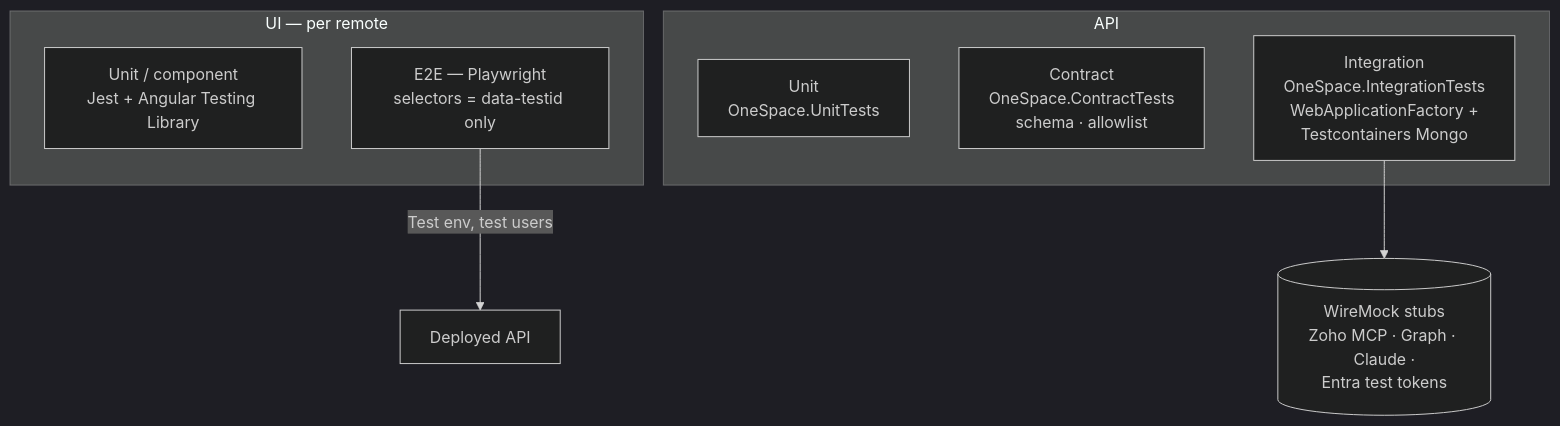
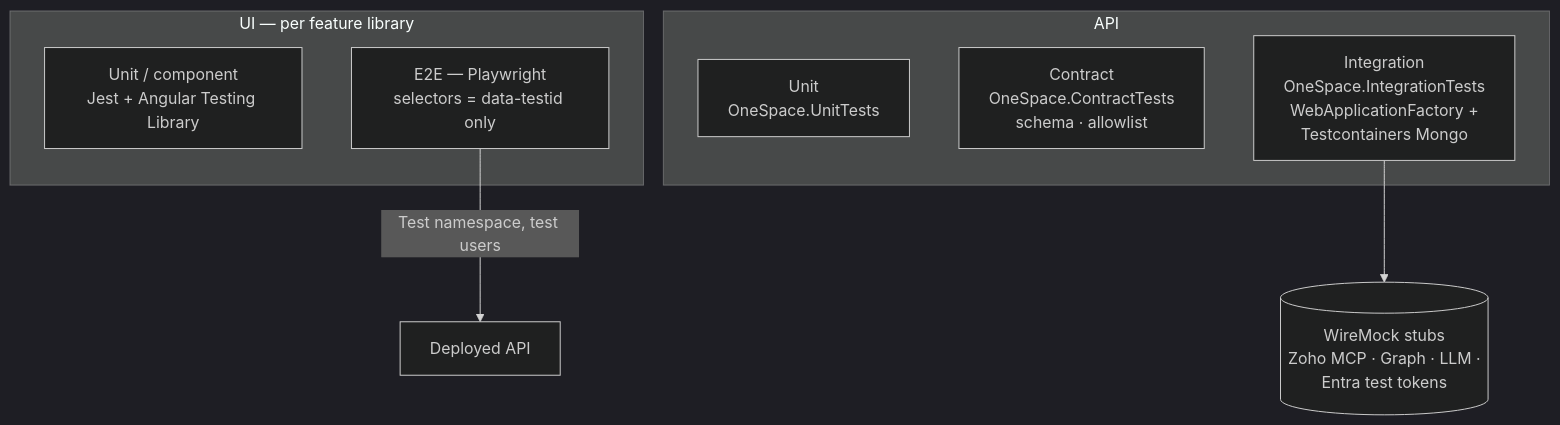
The seventh of 7 diagrams in docs/architecture/OneSpace_Enterprise_Architecture.md (sumanpulavarthy/OneSpace), drawn with Mermaid (dark theme) before and after one commit. The commit also changed other lines of this file and 5 other files, not shown here.

First line of the commit message:
Architecture v0.2: apply Rahul's review comments

````diff
--- a/docs/architecture/OneSpace_Enterprise_Architecture.md
+++ b/docs/architecture/OneSpace_Enterprise_Architecture.md
@@ -289,15 +279,15 @@
 ```mermaid
 flowchart TB
-    subgraph UI[UI — per remote]
+    subgraph UI[UI — per feature library]
         uu[Unit / component<br/>Jest + Angular Testing Library]
         e2e[E2E — Playwright<br/>selectors = data-testid only]
     end
     subgraph API[API]
         au[Unit<br/>OneSpace.UnitTests]
         ct[Contract<br/>OneSpace.ContractTests<br/>schema · allowlist]
         it[Integration<br/>OneSpace.IntegrationTests<br/>WebApplicationFactory +<br/>Testcontainers Mongo]
     end
-    stubs[(WireMock stubs<br/>Zoho MCP · Graph · Claude ·<br/>Entra test tokens)]
+    stubs[(WireMock stubs<br/>Zoho MCP · Graph · LLM ·<br/>Entra test tokens)]
     it --> stubs
-    e2e -->|Test env, test users| api[Deployed API]
+    e2e -->|Test namespace, test users| api[Deployed API]
 ```
````
